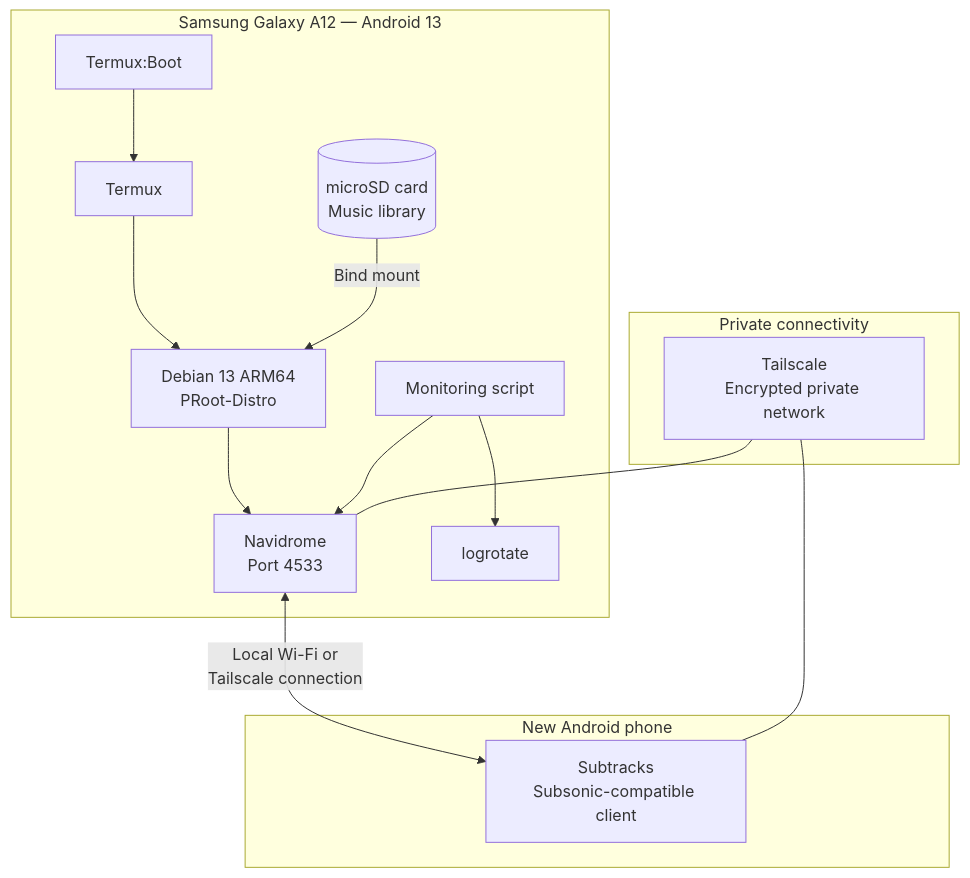
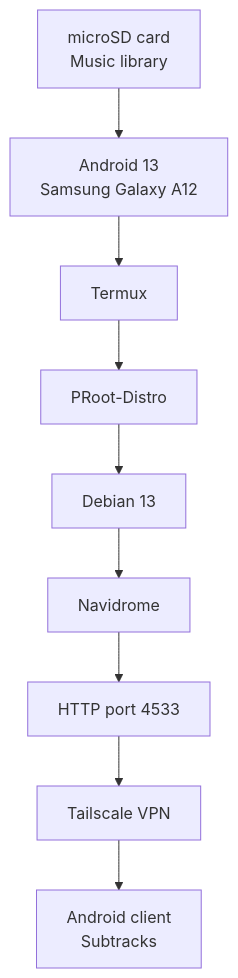
Before and after one commit to neri-iula/music-server: the diagram in README.md, drawn with Mermaid. The commit also changed other lines of this file, not shown here.

````diff
--- a/README.md
+++ b/README.md
@@ -48,31 +29,11 @@
 ```mermaid
-flowchart TB
-    subgraph Server["Samsung Galaxy A12 — Android 13"]
-        T["Termux"]
-        B["Termux:Boot"]
-        D["Debian 13 ARM64<br/>PRoot-Distro"]
-        N["Navidrome<br/>Port 4533"]
-        M["Monitoring script"]
-        L["logrotate"]
-        SD[("microSD card<br/>Music library")]
-
-        B --> T
-        T --> D
-        D --> N
-        SD -->|"Bind mount"| D
-        M --> N
-        M --> L
-    end
-
-    subgraph Network["Private connectivity"]
-        TS["Tailscale<br/>Encrypted private network"]
-    end
-
-    subgraph Client["New Android phone"]
-        A["Subtracks<br/>Subsonic-compatible client"]
-    end
-
-    N <-->|"Local Wi-Fi or<br/>Tailscale connection"| A
-    TS --- N
-    TS --- A
+flowchart TD
+    A["microSD card<br/>Music library"] --> B["Android 13<br/>Samsung Galaxy A12"]
+    B --> C["Termux"]
+    C --> D["PRoot-Distro"]
+    D --> E["Debian 13"]
+    E --> F["Navidrome"]
+    F --> G["HTTP port 4533"]
+    G --> H["Tailscale VPN"]
+    H --> I["Android client<br/>Subtracks"]
 ```
````
